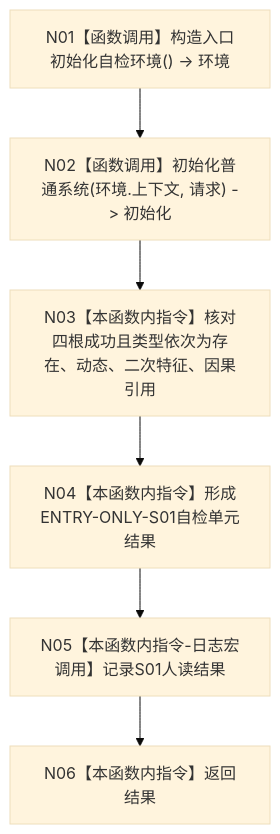
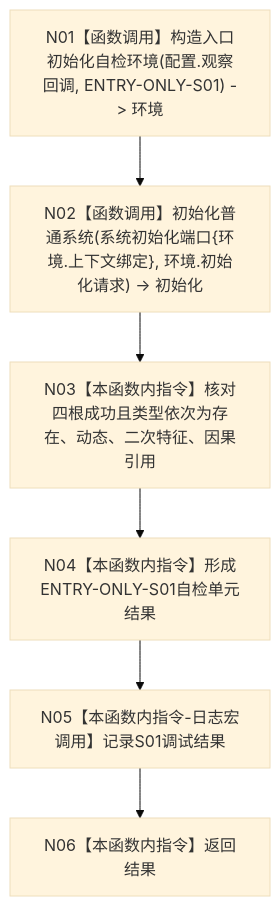
The diagram in 流程图/20260726_ENTRY-ONLY_S01_概念图四根创建_施工流程图_v0.1.md (chunhaizh-cyber/HY-Ego), drawn with Mermaid (base theme) before and after one commit. The commit also changed other lines of this file and 54 other files, not shown here.

Commit message:
修订 ENTRY-ONLY 入口职责设计包

````diff
--- a/流程图/20260726_ENTRY-ONLY_S01_概念图四根创建_施工流程图_v0.1.md
+++ b/流程图/20260726_ENTRY-ONLY_S01_概念图四根创建_施工流程图_v0.1.md
@@ -27,8 +27,8 @@
 ```mermaid
 flowchart TD
-    N01["N01【函数调用】构造入口初始化自检环境() -> 环境"] --> N02["N02【函数调用】初始化普通系统(环境.上下文, 请求) -> 初始化"]
+    N01["N01【函数调用】构造入口初始化自检环境(配置.观察回调, ENTRY-ONLY-S01) -> 环境"] --> N02["N02【函数调用】初始化普通系统(系统初始化端口{环境.上下文绑定}, 环境.初始化请求) -> 初始化"]
     N02 --> N03["N03【本函数内指令】核对四根成功且类型依次为存在、动态、二次特征、因果引用"]
     N03 --> N04["N04【本函数内指令】形成ENTRY-ONLY-S01自检单元结果"]
-    N04 --> N05["N05【本函数内指令-日志宏调用】记录S01人读结果"]
+    N04 --> N05["N05【本函数内指令-日志宏调用】记录S01调试结果"]
     N05 --> N06["N06【本函数内指令】返回结果"]
 ```
````
